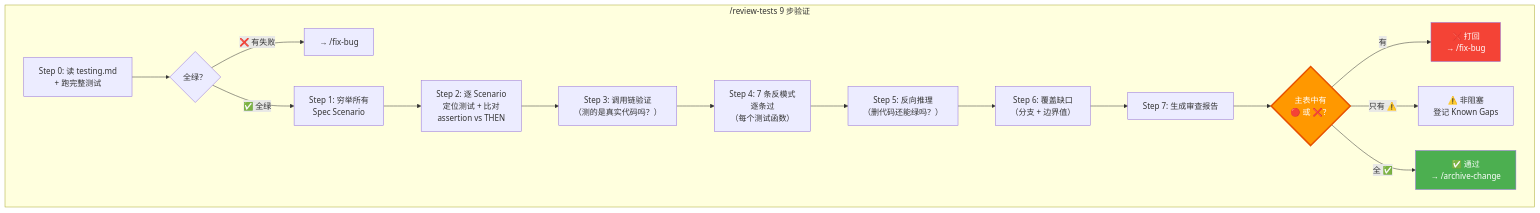
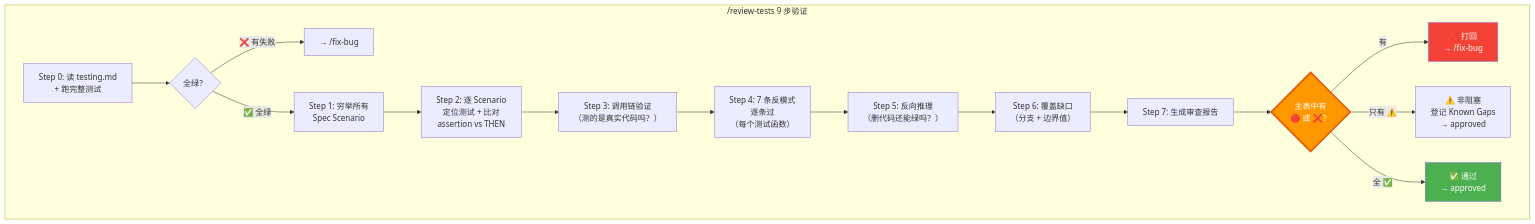
One commit to icelemon-czy/project-compass changed the fourth of 4 diagrams in README.zh.md. Above: the diagram before and after it, drawn with Mermaid. The commit also changed other lines of this file and 13 other files, not shown here.

First line of the commit message:
docs(workflow): align approved and archive states

````diff
--- a/README.zh.md
+++ b/README.zh.md
@@ -458,22 +461,22 @@
 ```mermaid
 flowchart TD
     subgraph "/review-tests 9 步验证"
         S0["Step 0: 读 testing.md<br/>+ 跑完整测试"] --> S0b{"全绿？"}
         S0b -->|"❌ 有失败"| FAIL["→ /fix-bug"]
         S0b -->|"✅ 全绿"| S1["Step 1: 穷举所有<br/>Spec Scenario"]
         S1 --> S2["Step 2: 逐 Scenario<br/>定位测试 + 比对<br/>assertion vs THEN"]
         S2 --> S3["Step 3: 调用链验证<br/>（测的是真实代码吗？）"]
         S3 --> S4["Step 4: 7 条反模式<br/>逐条过<br/>（每个测试函数）"]
         S4 --> S5["Step 5: 反向推理<br/>（删代码还能绿吗？）"]
         S5 --> S6["Step 6: 覆盖缺口<br/>（分支 + 边界值）"]
         S6 --> S7["Step 7: 生成审查报告"]
         S7 --> JUDGE{"主表中有<br/>🔴 或 ❌？"}
         JUDGE -->|"有"| REJECT["❌ 打回<br/>→ /fix-bug"]
-        JUDGE -->|"只有 ⚠️"| WARN["⚠️ 非阻塞<br/>登记 Known Gaps"]
-        JUDGE -->|"全 ✅"| PASS["✅ 通过<br/>→ /archive-change"]
+        JUDGE -->|"只有 ⚠️"| WARN["⚠️ 非阻塞<br/>登记 Known Gaps<br/>→ approved"]
+        JUDGE -->|"全 ✅"| PASS["✅ 通过<br/>→ approved"]
     end
 
     style JUDGE fill:#FF9800,color:#fff,stroke:#E65100,stroke-width:3px
     style REJECT fill:#f44336,color:#fff
     style PASS fill:#4CAF50,color:#fff
 ```
````
